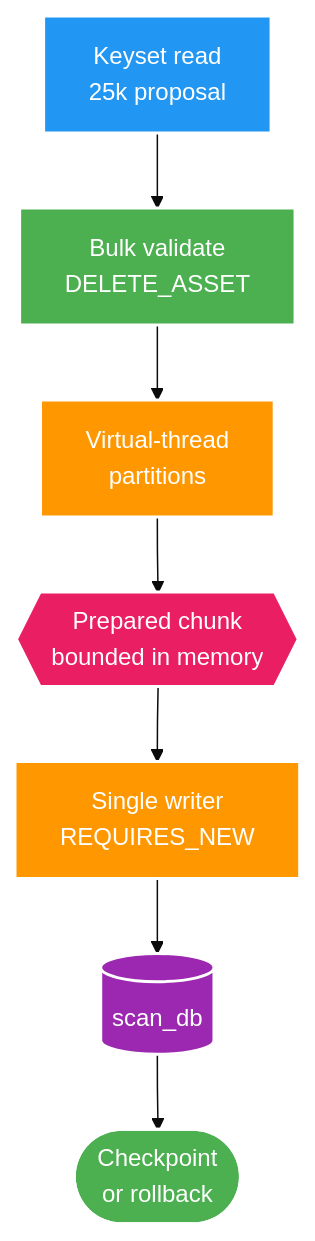
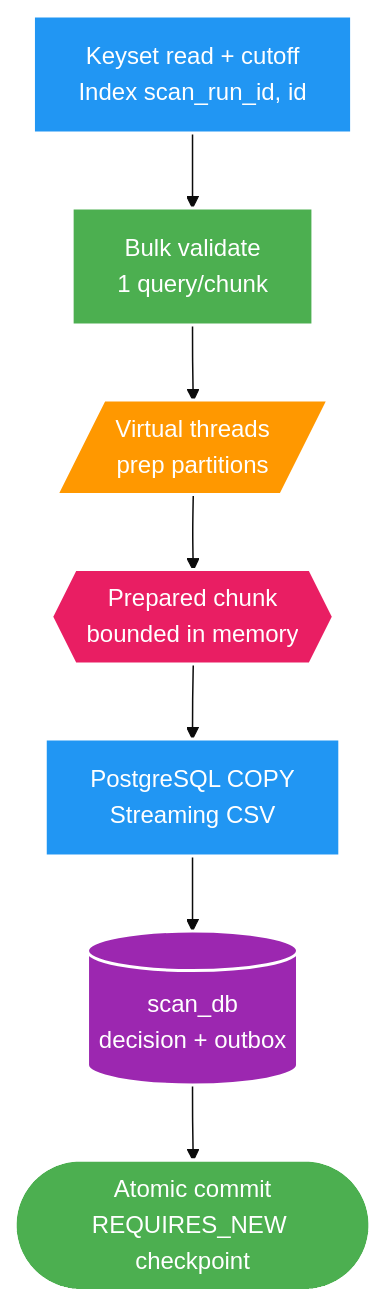
One commit to HungPhan200591/file-mngt-be-v2 changed the second of 2 diagrams in docs/features/050-approval-preparation-acceleration/02-design.md. Above: the diagram before and after it, drawn with Mermaid (base theme). The commit also changed other lines of this file and 4 other files, not shown here.

````diff
--- a/docs/features/050-approval-preparation-acceleration/02-design.md
+++ b/docs/features/050-approval-preparation-acceleration/02-design.md
@@ -12,17 +42,17 @@
 ```mermaid
 flowchart TB
-    READ["Keyset read<br/>25k proposal"] --> VALIDATE["Bulk validate<br/>DELETE_ASSET"]
-    VALIDATE --> PREP["Virtual-thread<br/>partitions"]
-    PREP --> READY{{"Prepared chunk<br/>bounded in memory"}}
-    READY --> WRITE["Single writer<br/>REQUIRES_NEW"]
-    WRITE --> DB[("scan_db")]
-    DB --> DONE(["Checkpoint<br/>or rollback"])
+    READ_NEW["Keyset read + cutoff<br/>Index scan_run_id, id"] --> BULK_NEW["Bulk validate<br/>1 query/chunk"]
+    BULK_NEW --> PART_NEW[/"Virtual threads<br/>prep partitions"/]
+    PART_NEW --> READY_NEW{{"Prepared chunk<br/>bounded in memory"}}
+    READY_NEW --> COPY_NEW["PostgreSQL COPY<br/>Streaming CSV"]
+    COPY_NEW --> DB_NEW[("scan_db<br/>decision + outbox")]
+    DB_NEW --> CP_NEW(["Atomic commit<br/>REQUIRES_NEW checkpoint"])
 
-    style READ fill:#2196F3,stroke:#fff,stroke-width:2px,color:#fff
-    style VALIDATE fill:#4CAF50,stroke:#fff,stroke-width:2px,color:#fff
-    style PREP fill:#FF9800,stroke:#fff,stroke-width:2px,color:#fff
-    style READY fill:#E91E63,stroke:#fff,stroke-width:2px,color:#fff
-    style WRITE fill:#FF9800,stroke:#fff,stroke-width:2px,color:#fff
-    style DB fill:#9C27B0,stroke:#fff,stroke-width:2px,color:#fff
-    style DONE fill:#4CAF50,stroke:#fff,stroke-width:2px,color:#fff
+    style READ_NEW fill:#2196F3,stroke:#fff,stroke-width:2px,color:#fff
+    style BULK_NEW fill:#4CAF50,stroke:#fff,stroke-width:2px,color:#fff
+    style PART_NEW fill:#FF9800,stroke:#fff,stroke-width:2px,color:#fff
+    style READY_NEW fill:#E91E63,stroke:#fff,stroke-width:2px,color:#fff
+    style COPY_NEW fill:#2196F3,stroke:#fff,stroke-width:2px,color:#fff
+    style DB_NEW fill:#9C27B0,stroke:#fff,stroke-width:2px,color:#fff
+    style CP_NEW fill:#4CAF50,stroke:#fff,stroke-width:2px,color:#fff
 ```
````
